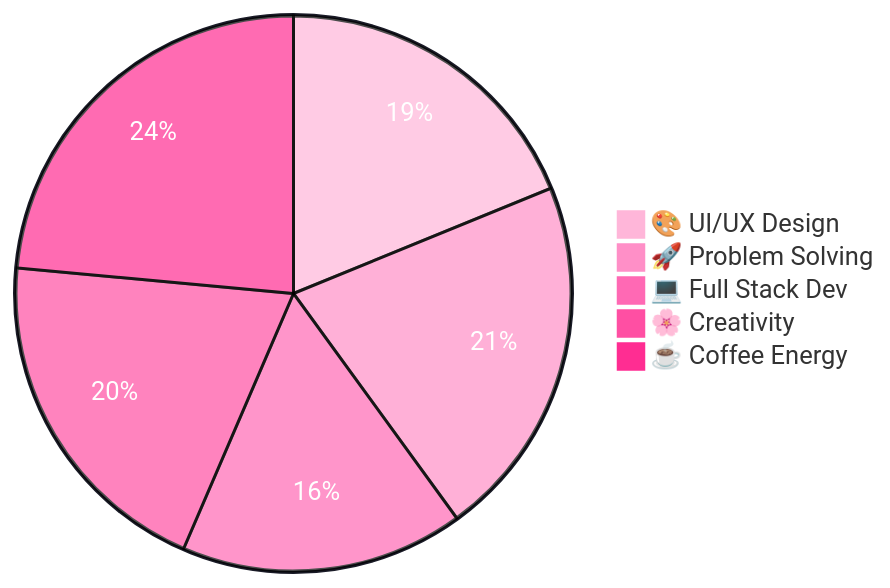
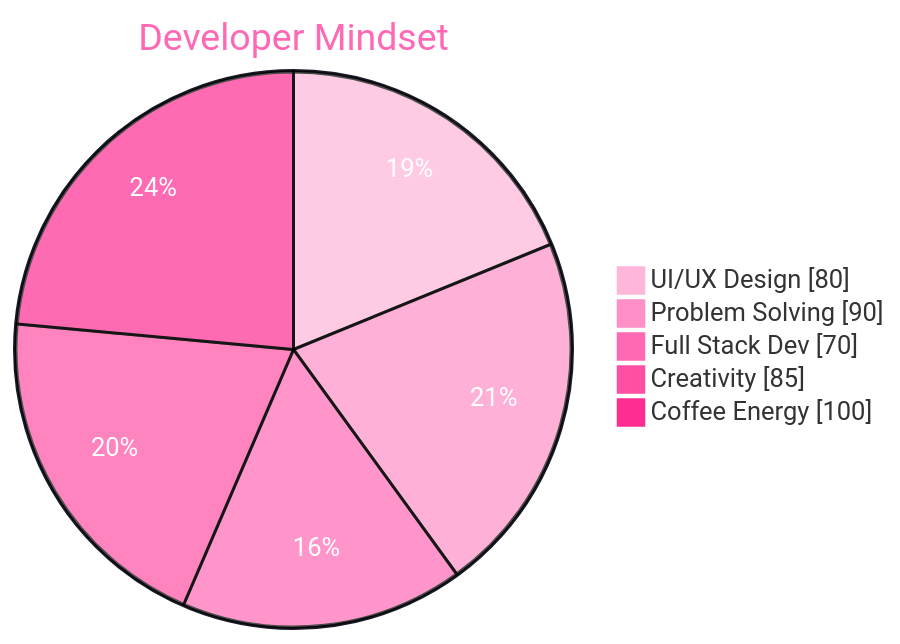
Before and after one commit to tejashrree/tejashrree: the diagram in README.md, drawn with Mermaid. The commit also changed other lines of this file, not shown here.

````diff
--- a/README.md
+++ b/README.md
@@ -208,21 +207,21 @@
 ```mermaid
 %%{init: {'theme':'base','themeVariables':{
 'pie1':'#ffb6d9',
 'pie2':'#ff8fc7',
 'pie3':'#ff69b4',
 'pie4':'#ff4fa3',
 'pie5':'#ff2d92',
 'pieTitleTextColor':'#ff69b4',
 'pieSectionTextColor':'#ffffff',
 'pieSectionBorderColor':'#1a1b27',
 'pieOuterStrokeColor':'#1a1b27',
 'background':'#0d1117'
 }}}%%
 
-pie title
-    "🎨 UI/UX Design" : 80
-    "🚀 Problem Solving" : 90
-    "💻 Full Stack Dev" : 70
-    "🌸 Creativity" : 85
-    "☕ Coffee Energy" : 100
+pie showData title Developer Mindset
+    "UI/UX Design" : 80
+    "Problem Solving" : 90
+    "Full Stack Dev" : 70
+    "Creativity" : 85
+    "Coffee Energy" : 100
 ```
````
